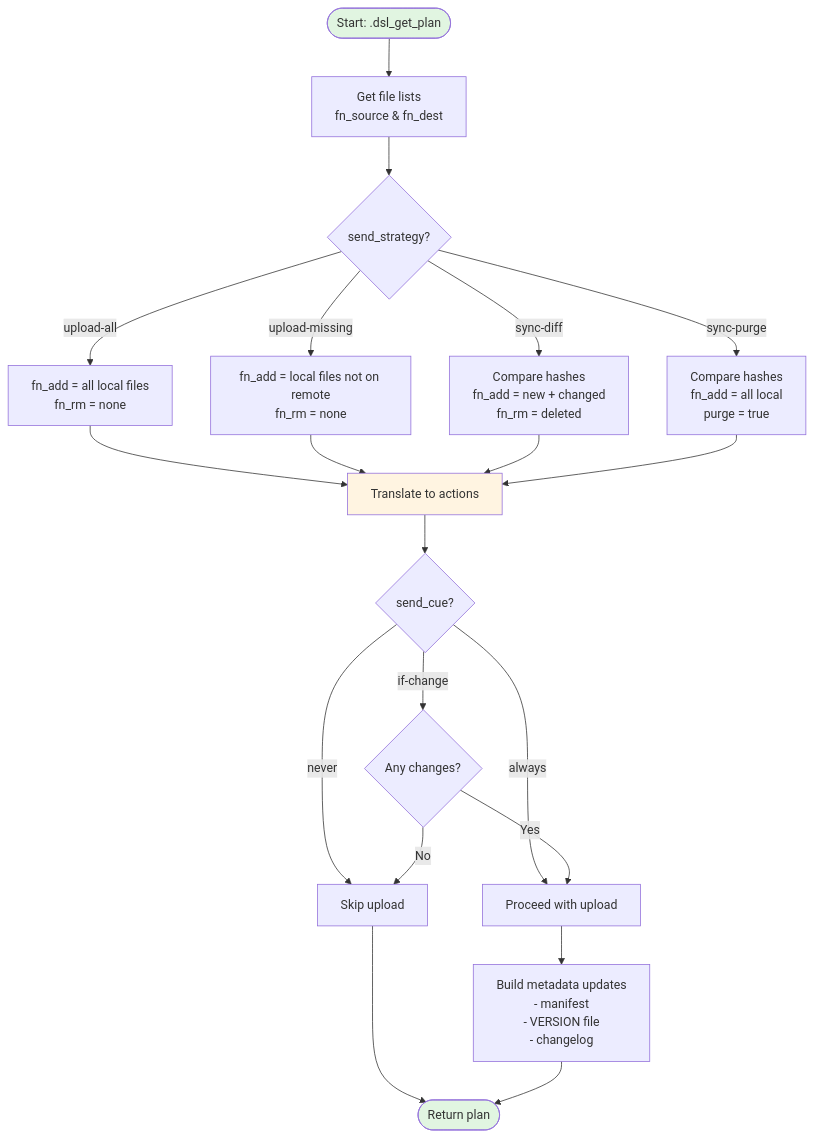
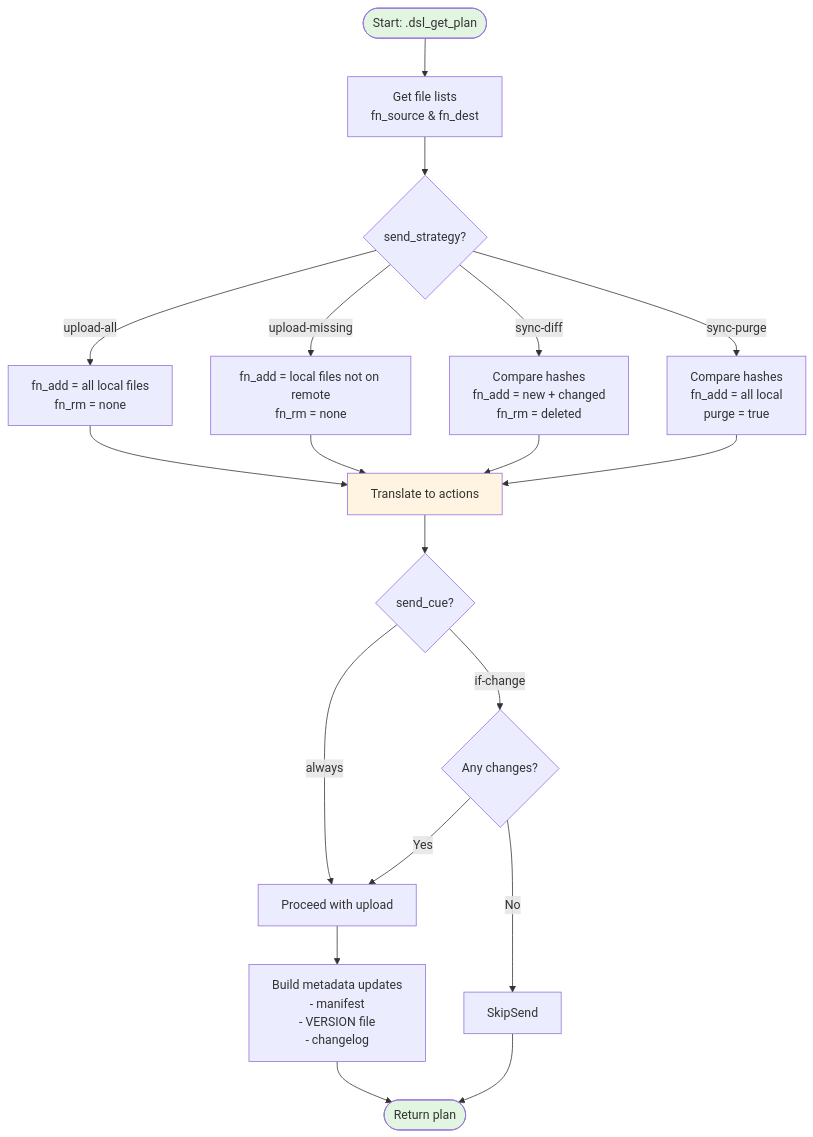
Before and after one commit to SATVILab/projr: the second of 4 diagrams in vignettes/dest-send-workflow.Rmd, drawn with Mermaid. The commit also changed other lines of this file and 11 other files, not shown here.

````diff
--- a/vignettes/dest-send-workflow.Rmd
+++ b/vignettes/dest-send-workflow.Rmd
@@ -94,32 +94,31 @@
 ```{mermaid}
 flowchart TD
     Start([Start: .dsl_get_plan]) --> GetFilenames[Get file lists<br/>fn_source & fn_dest]
     
     GetFilenames --> Strategy{send_strategy?}
     
     Strategy -->|upload-all| UploadAll[fn_add = all local files<br/>fn_rm = none]
     Strategy -->|upload-missing| UploadMissing[fn_add = local files not on remote<br/>fn_rm = none]
     Strategy -->|sync-diff| SyncDiff[Compare hashes<br/>fn_add = new + changed<br/>fn_rm = deleted]
     Strategy -->|sync-purge| SyncPurge[Compare hashes<br/>fn_add = all local<br/>purge = true]
     
     UploadAll --> BuildActions[Translate to actions]
     UploadMissing --> BuildActions
     SyncDiff --> BuildActions
     SyncPurge --> BuildActions
     
     BuildActions --> CheckCue{send_cue?}
-    CheckCue -->|never| SkipSend[Skip upload]
     CheckCue -->|always| ProceedSend[Proceed with upload]
     CheckCue -->|if-change| CheckChanges{Any changes?}
     
     CheckChanges -->|Yes| ProceedSend
     CheckChanges -->|No| SkipSend
     
     ProceedSend --> BuildMetadata[Build metadata updates<br/>- manifest<br/>- VERSION file<br/>- changelog]
     SkipSend --> End
     BuildMetadata --> End([Return plan])
     
     style Start fill:#e1f5e1
     style End fill:#e1f5e1
     style BuildActions fill:#fff4e1
 ```
````
